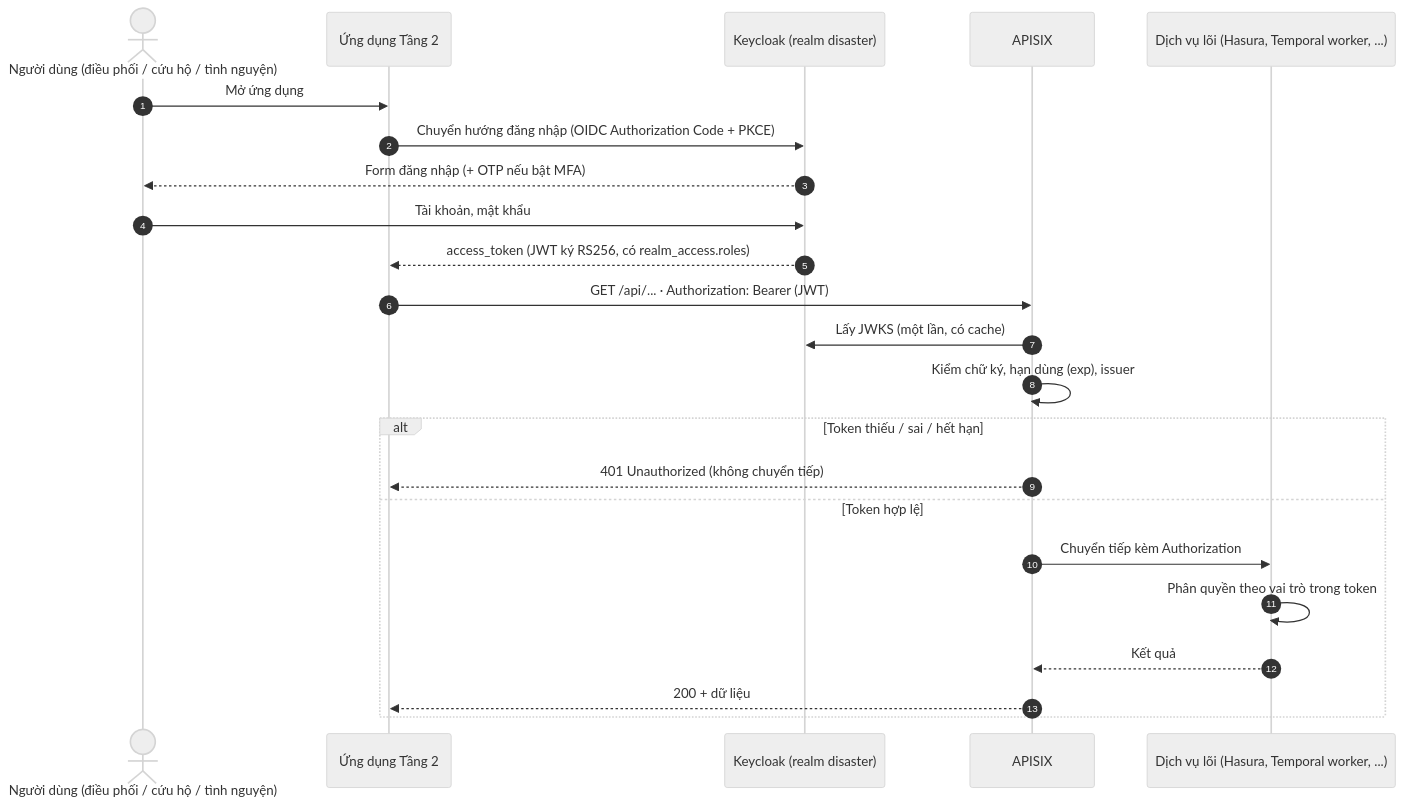
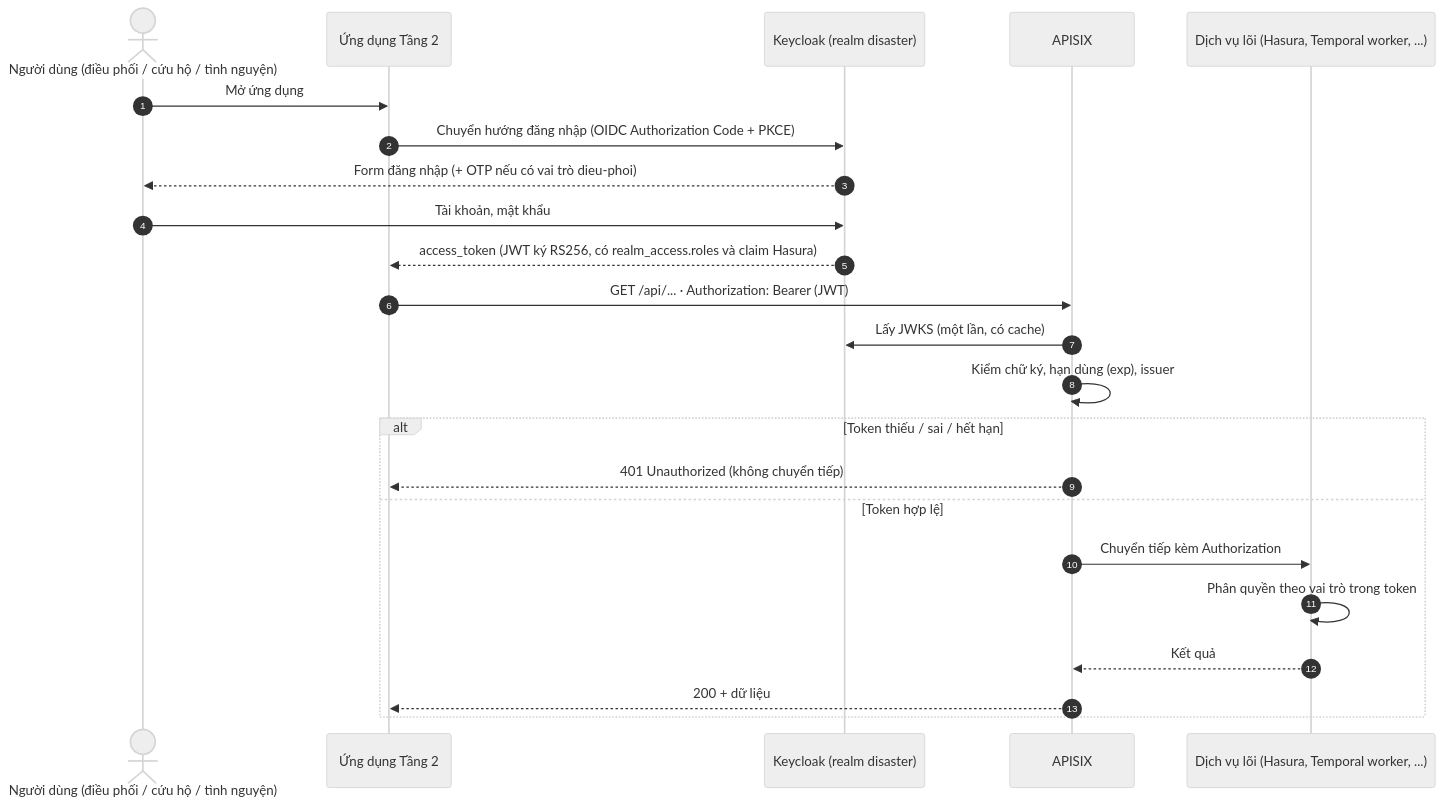
Before and after one commit to disaster-dxos/disaster-dxos: the second of 5 diagrams in docs/architecture.md, drawn with Mermaid (neutral theme). The commit also changed other lines of this file and 5 other files, not shown here.

First line of the commit message:
feat(keycloak): claim vai trò ổn định cho Hasura và OTP bắt buộc cho dieu-phoi (#13)

````diff
--- a/docs/architecture.md
+++ b/docs/architecture.md
@@ -87,26 +87,26 @@
 ```mermaid
 sequenceDiagram
   autonumber
   actor U as Người dùng (điều phối / cứu hộ / tình nguyện)
   participant C as Ứng dụng Tầng 2
   participant KC as Keycloak (realm disaster)
   participant GW as APISIX
   participant S as Dịch vụ lõi (Hasura, Temporal worker, ...)
 
   U->>C: Mở ứng dụng
   C->>KC: Chuyển hướng đăng nhập (OIDC Authorization Code + PKCE)
-  KC-->>U: Form đăng nhập (+ OTP nếu bật MFA)
+  KC-->>U: Form đăng nhập (+ OTP nếu có vai trò dieu-phoi)
   U->>KC: Tài khoản, mật khẩu
-  KC-->>C: access_token (JWT ký RS256, có realm_access.roles)
+  KC-->>C: access_token (JWT ký RS256, có realm_access.roles và claim Hasura)
   C->>GW: GET /api/... · Authorization: Bearer (JWT)
   GW->>KC: Lấy JWKS (một lần, có cache)
   GW->>GW: Kiểm chữ ký, hạn dùng (exp), issuer
   alt Token thiếu / sai / hết hạn
     GW-->>C: 401 Unauthorized (không chuyển tiếp)
   else Token hợp lệ
     GW->>S: Chuyển tiếp kèm Authorization
     S->>S: Phân quyền theo vai trò trong token
     S-->>GW: Kết quả
     GW-->>C: 200 + dữ liệu
   end
 ```
````
